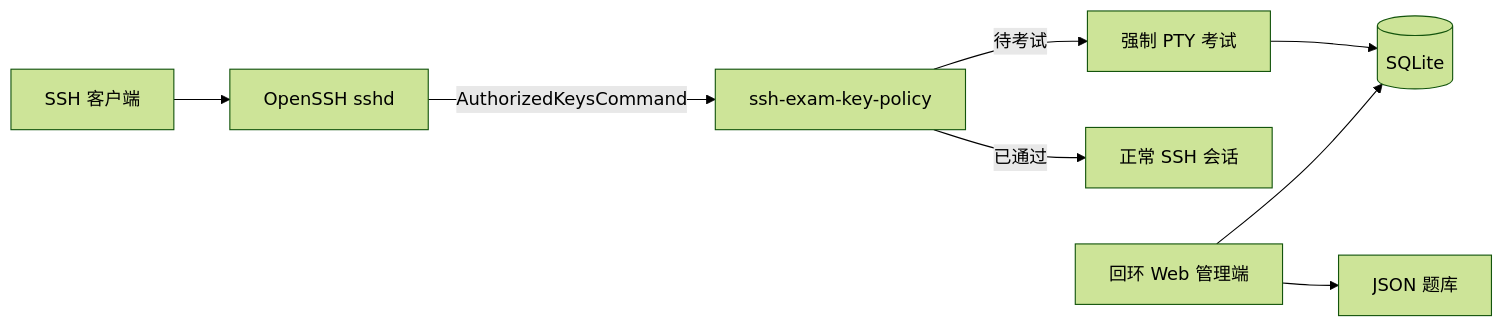
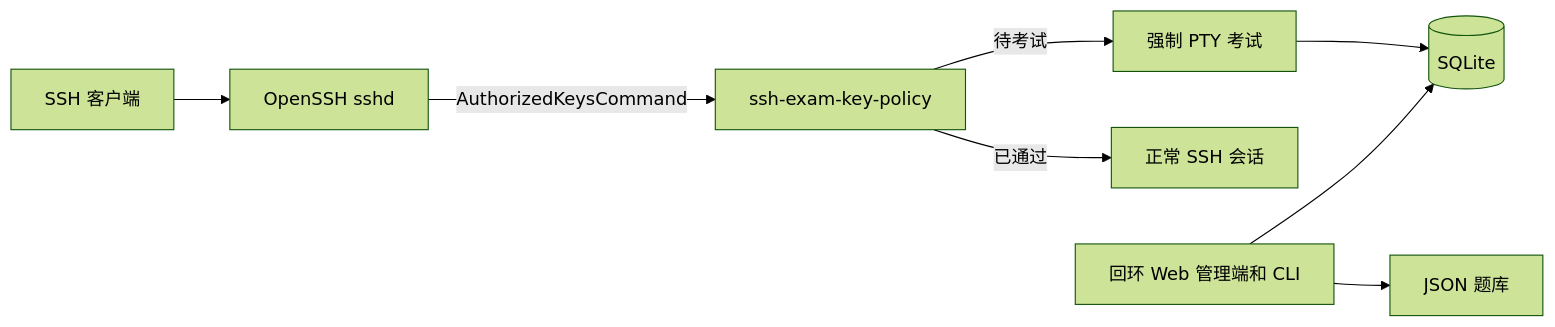
Before and after one commit to huluhuluu/ssh-exam: the diagram in README.zh-CN.md, drawn with Mermaid (forest theme). The commit also changed other lines of this file and 23 other files, not shown here.

````diff
--- a/README.zh-CN.md
+++ b/README.zh-CN.md
@@ -38,10 +39,10 @@
 ```mermaid
 flowchart LR
     C[SSH 客户端] --> S[OpenSSH sshd]
     S -->|AuthorizedKeysCommand| P[ssh-exam-key-policy]
     P -->|待考试| T[强制 PTY 考试]
     T --> D[(SQLite)]
     P -->|已通过| H[正常 SSH 会话]
-    A[回环 Web 管理端] --> D
+    A[回环 Web 管理端和 CLI] --> D
     A --> Q[JSON 题库]
 ```
````
